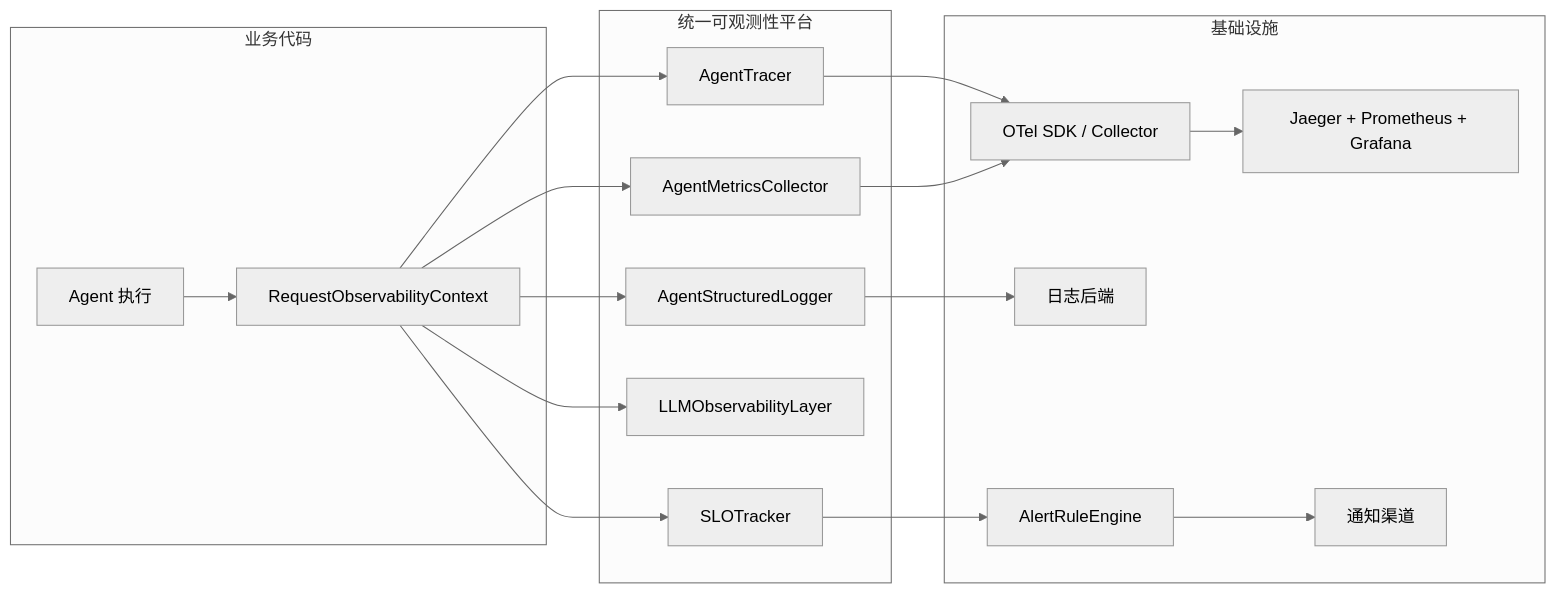
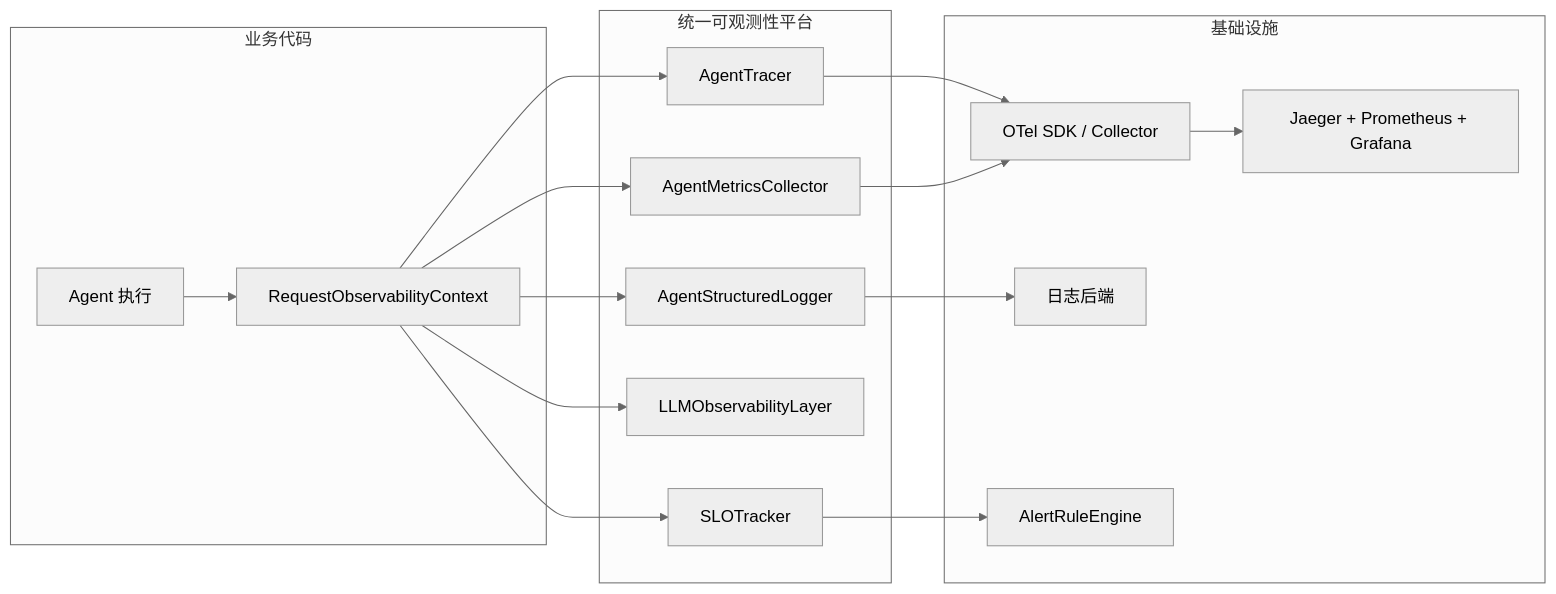
One commit to xiaoxiath/ai-agent-engineering changed the second of 2 diagrams in chapters/part-07-production/ch17-observability.md. Above: the diagram before and after it, drawn with Mermaid (neutral theme). The commit also changed other lines of this file and 28 other files, not shown here.

````diff
--- a/chapters/part-07-production/ch17-observability.md
+++ b/chapters/part-07-production/ch17-observability.md
@@ -706,23 +411,22 @@
 ```mermaid
 flowchart LR
     subgraph 业务代码
         A[Agent 执行] --> B[RequestObservabilityContext]
     end
 
     subgraph 统一可观测性平台
         B --> C[AgentTracer]
         B --> D[AgentMetricsCollector]
         B --> E[AgentStructuredLogger]
         B --> F[LLMObservabilityLayer]
         B --> G[SLOTracker]
     end
 
     subgraph 基础设施
         C --> H[OTel SDK / Collector]
         D --> H
         E --> I[日志后端]
         H --> J[Jaeger + Prometheus + Grafana]
         G --> K[AlertRuleEngine]
-        K --> L[通知渠道]
     end
 ```
````
